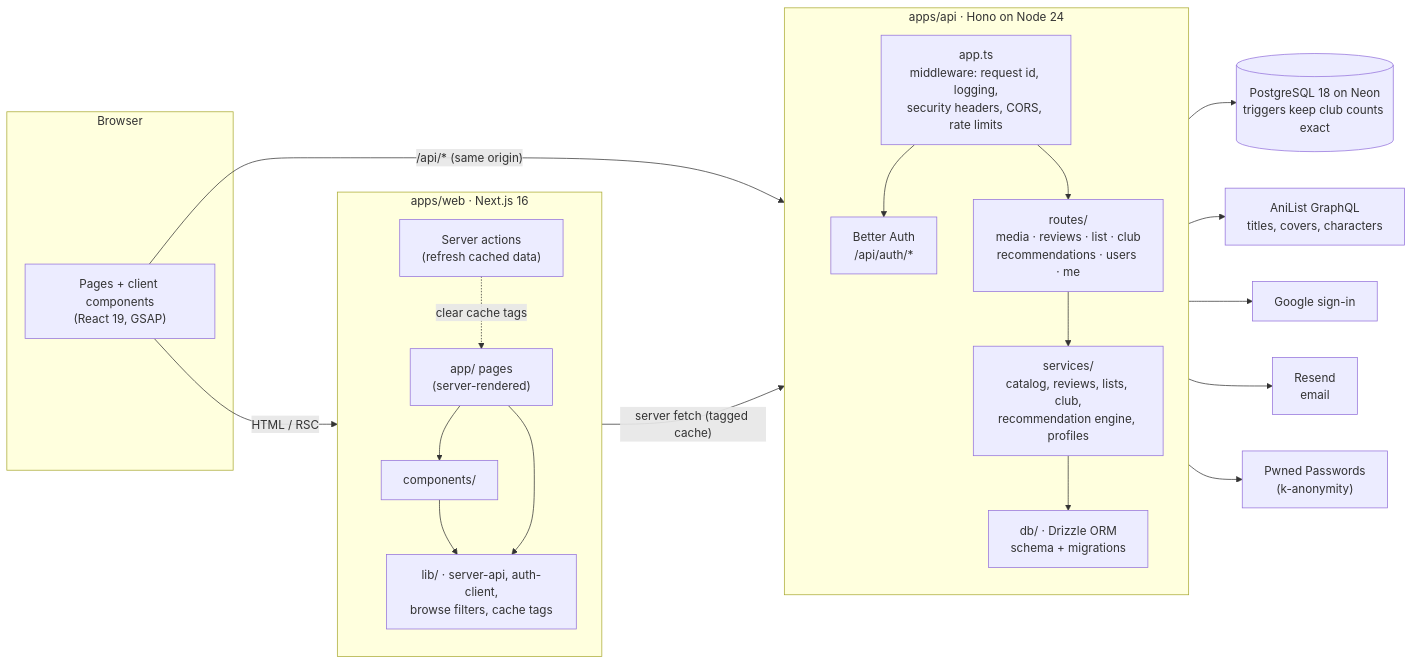
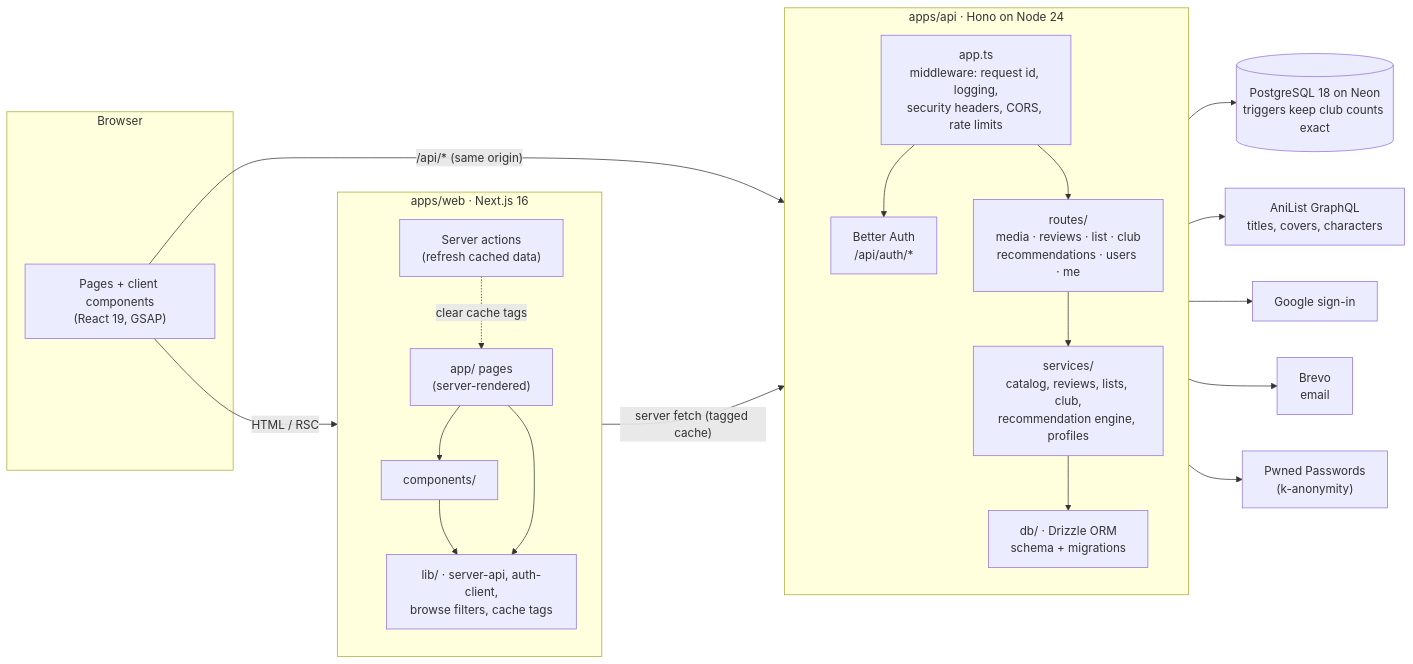
One commit to sbulusu-png/anime-manga-club changed the diagram in README.md. Above: the diagram before and after it, drawn with Mermaid. The commit also changed other lines of this file and 14 other files, not shown here.

First line of the commit message:
Send email through Brevo; Sign in always shows the form

````diff
--- a/README.md
+++ b/README.md
@@ -21,43 +21,43 @@
 ```mermaid
 flowchart LR
   subgraph Browser
     UI["Pages + client components<br/>(React 19, GSAP)"]
   end
 
   subgraph Web["apps/web · Next.js 16"]
     direction TB
     Pages["app/ pages<br/>(server-rendered)"]
     Components["components/"]
     WebLib["lib/ · server-api, auth-client,<br/>browse filters, cache tags"]
     Actions["Server actions<br/>(refresh cached data)"]
     Pages --> Components --> WebLib
     Pages --> WebLib
   end
 
   subgraph API["apps/api · Hono on Node 24"]
     direction TB
     App["app.ts<br/>middleware: request id, logging,<br/>security headers, CORS, rate limits"]
     Auth["Better Auth<br/>/api/auth/*"]
     Routes["routes/<br/>media · reviews · list · club<br/>recommendations · users · me"]
     Services["services/<br/>catalog, reviews, lists, club,<br/>recommendation engine, profiles"]
     DB["db/ · Drizzle ORM<br/>schema + migrations"]
     App --> Auth
     App --> Routes --> Services --> DB
   end
 
   PG[("PostgreSQL 18 on Neon<br/>triggers keep club counts exact")]
   AniList["AniList GraphQL<br/>titles, covers, characters"]
   Google["Google sign-in"]
-  Resend["Resend<br/>email"]
+  Brevo["Brevo<br/>email"]
   HIBP["Pwned Passwords<br/>(k-anonymity)"]
 
   UI -- "HTML / RSC" --> Pages
   UI -- "/api/* (same origin)" --> App
   Pages -- "server fetch (tagged cache)" --> App
   Actions -. "clear cache tags" .-> Pages
   DB --> PG
   Services --> AniList
   Auth --> Google
-  Auth --> Resend
+  Auth --> Brevo
   Auth --> HIBP
 ```
````
